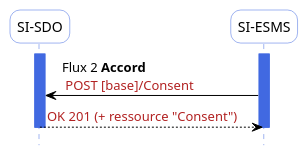
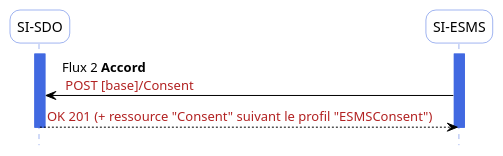
Before and after one commit to ansforge/IG-fhir-medicosocial-suivi-decisions-orientation: the diagram in input/images-source/flux2.plantuml, drawn with PlantUML. The commit also changed 4 other files, not shown here.

Commit message:
Ajout nom de profil sur diagramme (#222)

```diff
--- a/input/images-source/flux2.plantuml
+++ b/input/images-source/flux2.plantuml
@@ -1,30 +1,30 @@
 @startuml flux2
 hide footbox
 
 skinparam sequence {
  arrowColor black
  ParticipantBorderColor RoyalBlue
  ParticipantBackgroundColor white
  LifeLineBorderColor RoyalBlue
  LifeLineBackgroundColor RoyalBlue
  ParticipantFontSize 14
  ParticipantFontName arial
  ParticipantPadding 20
 }
 skinparam  roundcorner 20
 
 
 participant "SI-SDO" as SDO
 participant "SI-ESMS" as ESMS
 activate SDO
 activate ESMS
 
 
 ESMS-[#black]> SDO: Flux 2 **Accord** \n <color #FireBrick>POST [base]/Consent</color>
-SDO-[#black]-> ESMS: <color #FireBrick>OK 201 (+ ressource "Consent")</color>
+SDO-[#black]-> ESMS: <color #FireBrick>OK 201 (+ ressource "Consent" suivant le profil "ESMSConsent")</color>
 
 
 
 deactivate SDO
 deactivate ESMS
 @enduml
```
